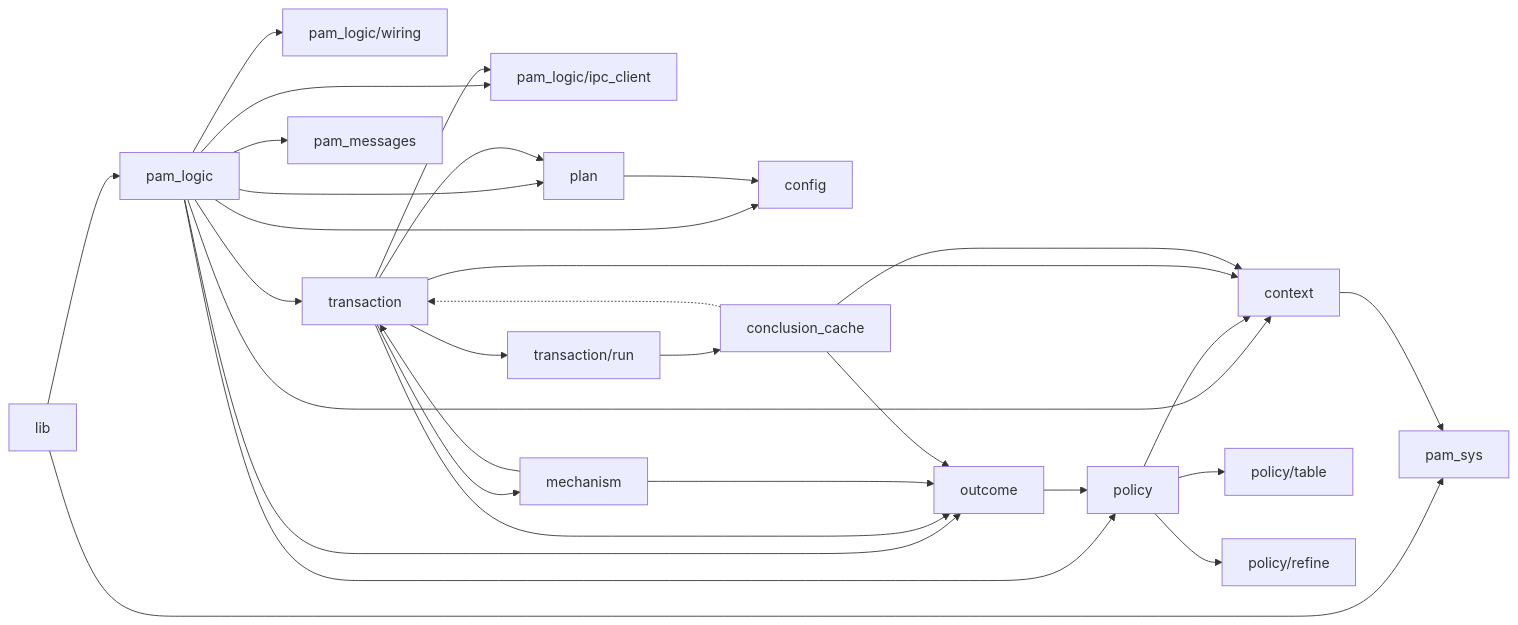
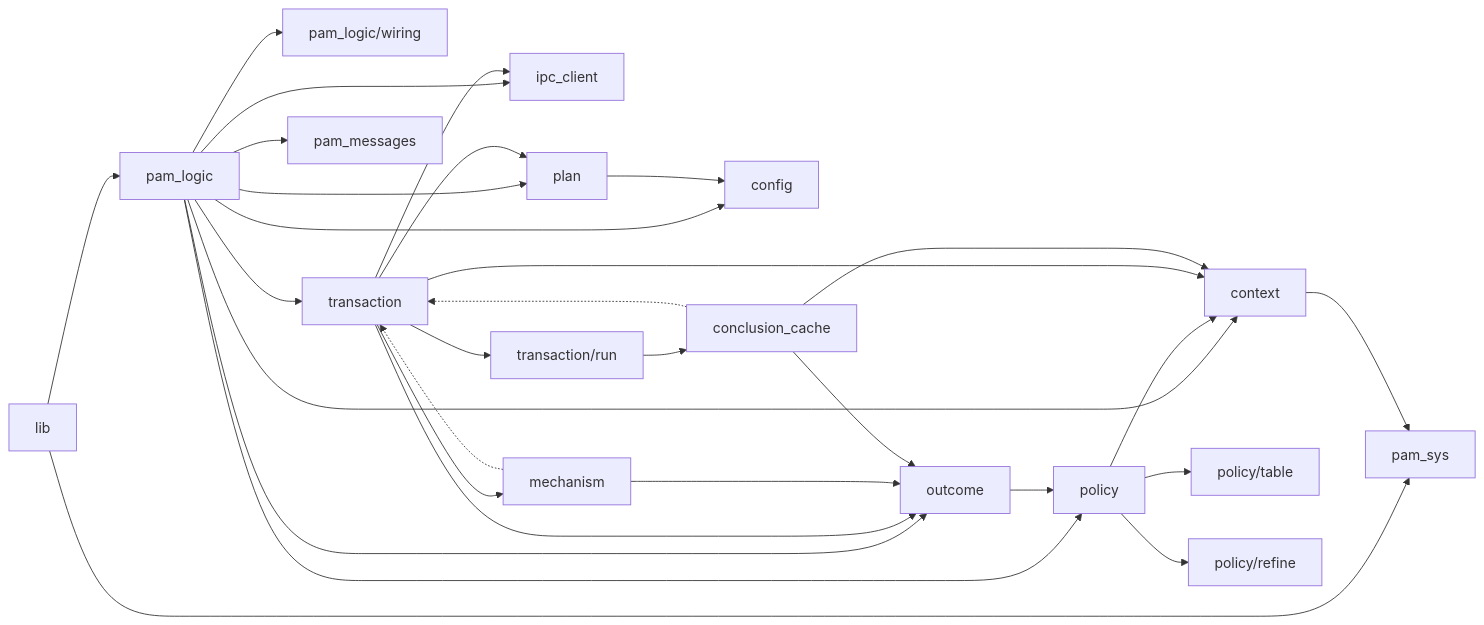
The first of 8 diagrams in docs/design-documents/pam-conversation-policy.md (Lolle2000la/tapauth), drawn with Mermaid before and after one commit. The commit also changed other lines of this file and 1 other file, not shown here.

Commit message:
docs: correct review findings in the PAM policy reference

````diff
--- a/docs/design-documents/pam-conversation-policy.md
+++ b/docs/design-documents/pam-conversation-policy.md
@@ -49,32 +49,32 @@
 ```mermaid
 flowchart LR
     lib --> pam_logic
     lib --> pam_sys
     pam_logic --> wiring[pam_logic/wiring]
     pam_logic --> context
     pam_logic --> policy
     pam_logic --> config
-    pam_logic --> ipc[pam_logic/ipc_client]
+    pam_logic --> ipc_client
     pam_logic --> plan
     pam_logic --> transaction
     pam_logic --> outcome
     pam_logic --> messages[pam_messages]
     policy --> context
     policy --> table[policy/table]
     policy --> refine[policy/refine]
     plan --> config
     outcome --> policy
     transaction --> run[transaction/run]
     run --> cache[conclusion_cache]
     transaction --> mechanism
     transaction --> plan
     transaction --> outcome
     transaction --> context
-    transaction --> ipc
+    transaction --> ipc_client
     mechanism --> outcome
-    mechanism --> transaction
+    mechanism -.-> transaction
     context --> pam_sys
     cache --> outcome
     cache --> context
     cache -.-> transaction
 ```
````
